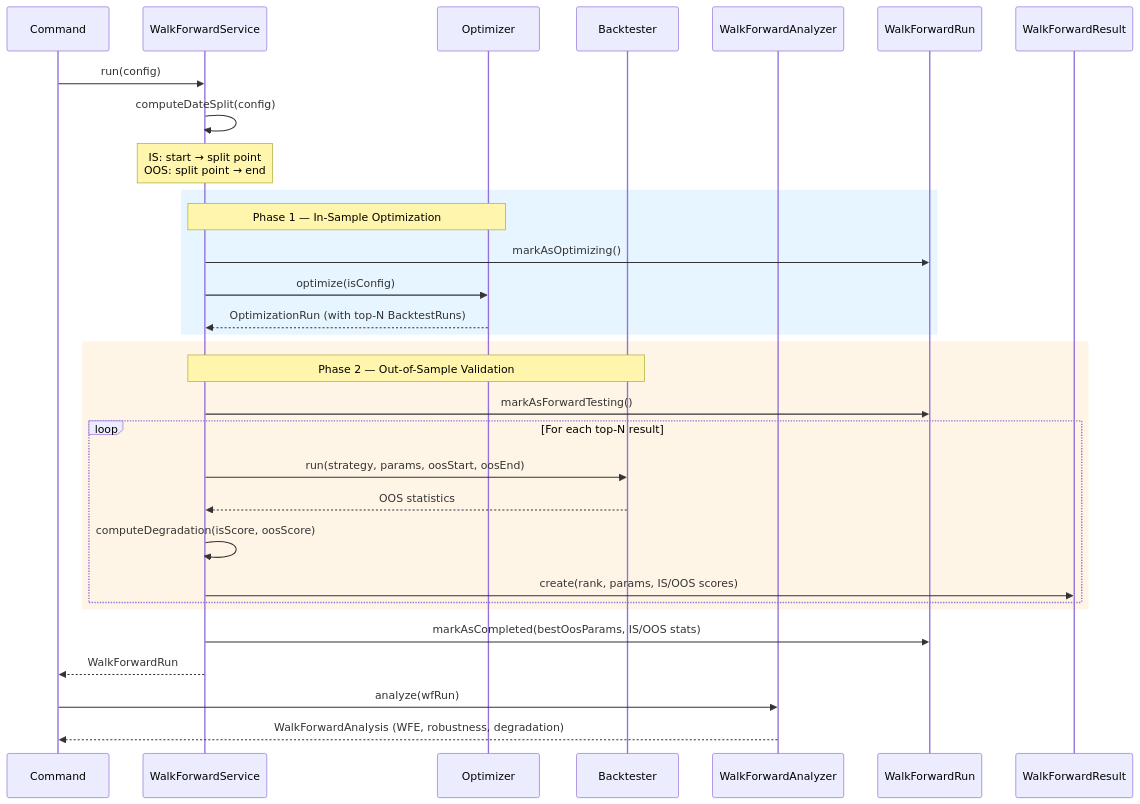
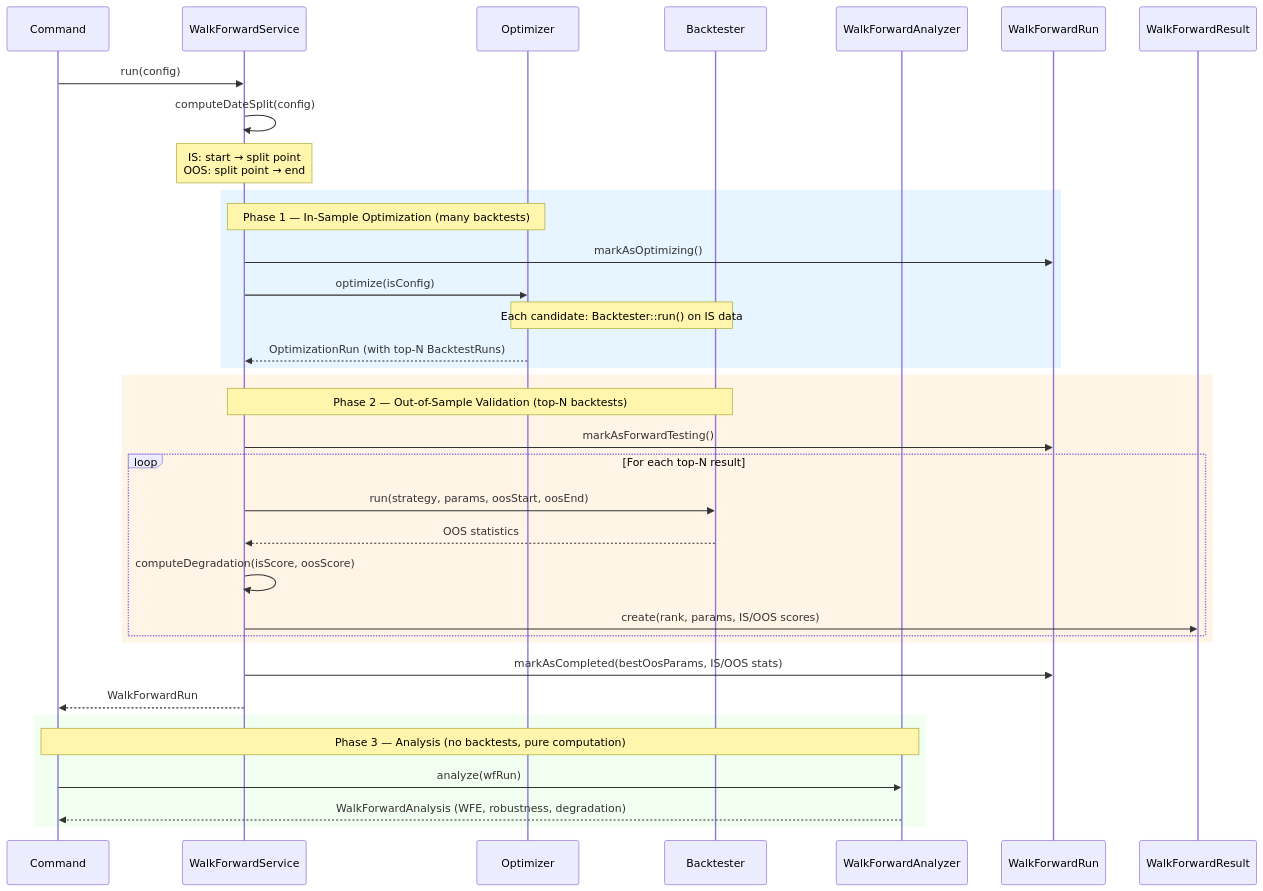
The diagram in README.md (robertgdev/AlphaForge), drawn with Mermaid before and after one commit. The commit also changed other lines of this file, not shown here.

````diff
--- a/README.md
+++ b/README.md
@@ -2013,36 +2019,40 @@
 ```mermaid
 sequenceDiagram
     participant Command
     participant WalkForwardService
     participant Optimizer
     participant Backtester
     participant WalkForwardAnalyzer
 
     Command->>WalkForwardService: run(config)
     WalkForwardService->>WalkForwardService: computeDateSplit(config)
     Note over WalkForwardService: IS: start → split point<br/>OOS: split point → end
 
     rect rgb(230, 245, 255)
-        Note over WalkForwardService,Optimizer: Phase 1 — In-Sample Optimization
+        Note over WalkForwardService,Optimizer: Phase 1 — In-Sample Optimization (many backtests)
         WalkForwardService->>WalkForwardRun: markAsOptimizing()
         WalkForwardService->>Optimizer: optimize(isConfig)
+        Note over Optimizer,Backtester: Each candidate: Backtester::run() on IS data
         Optimizer-->>WalkForwardService: OptimizationRun (with top-N BacktestRuns)
     end
 
     rect rgb(255, 245, 230)
-        Note over WalkForwardService,Backtester: Phase 2 — Out-of-Sample Validation
+        Note over WalkForwardService,Backtester: Phase 2 — Out-of-Sample Validation (top-N backtests)
         WalkForwardService->>WalkForwardRun: markAsForwardTesting()
         loop For each top-N result
             WalkForwardService->>Backtester: run(strategy, params, oosStart, oosEnd)
             Backtester-->>WalkForwardService: OOS statistics
             WalkForwardService->>WalkForwardService: computeDegradation(isScore, oosScore)
             WalkForwardService->>WalkForwardResult: create(rank, params, IS/OOS scores)
         end
     end
 
     WalkForwardService->>WalkForwardRun: markAsCompleted(bestOosParams, IS/OOS stats)
     WalkForwardService-->>Command: WalkForwardRun
 
-    Command->>WalkForwardAnalyzer: analyze(wfRun)
-    WalkForwardAnalyzer-->>Command: WalkForwardAnalysis (WFE, robustness, degradation)
+    rect rgb(240, 255, 240)
+        Note over Command,WalkForwardAnalyzer: Phase 3 — Analysis (no backtests, pure computation)
+        Command->>WalkForwardAnalyzer: analyze(wfRun)
+        WalkForwardAnalyzer-->>Command: WalkForwardAnalysis (WFE, robustness, degradation)
+    end
 ```
````
